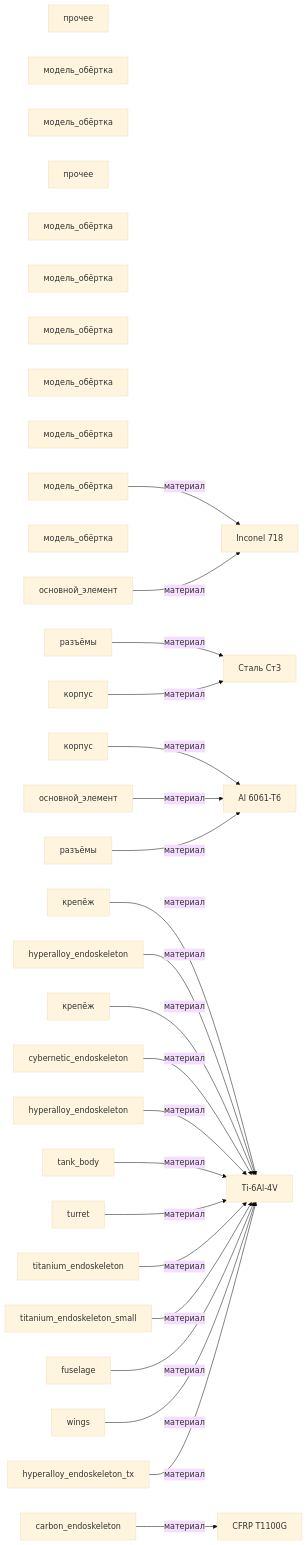
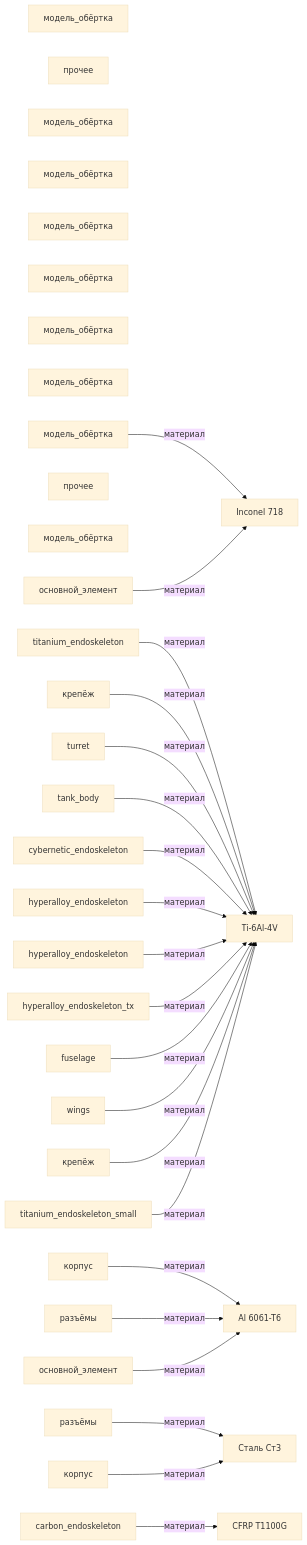
The diagram in graphs/mermaid/graph1_каркас.md (a-m-e-n-t-e-t/SkyNet), drawn with Mermaid (base theme) before and after one commit. The commit also changed other lines of this file and 79 other files, not shown here.

````diff
--- a/graphs/mermaid/graph1_каркас.md
+++ b/graphs/mermaid/graph1_каркас.md
@@ -3,58 +3,58 @@
 ```mermaid
 graph LR
+    izdelie_SkyNet_T600[модель_обёртка]
     izdelie_kompensatory[прочее]
+    izdelie_SkyNet_HKTank[модель_обёртка]
+    izdelie_SkyNet_MarcusWright[модель_обёртка]
     izdelie_SkyNet_T850[модель_обёртка]
+    izdelie_SkyNet_T800[модель_обёртка]
+    izdelie_SkyNet_TX[модель_обёртка]
     izdelie_SkyNet_Rev9[модель_обёртка]
+    izdelie_SkyNet_HKAerial[модель_обёртка]
     izdelie_reshetchatyi_karkas[прочее]
-    izdelie_SkyNet_MarcusWright[модель_обёртка]
-    izdelie_SkyNet_T800[модель_обёртка]
-    izdelie_SkyNet_HKTank[модель_обёртка]
-    izdelie_SkyNet_T600[модель_обёртка]
     izdelie_SkyNet_Cameron[модель_обёртка]
-    izdelie_SkyNet_HKAerial[модель_обёртка]
-    izdelie_SkyNet_TX[модель_обёртка]
+    часть_t600_эндоскелет[titanium_endoskeleton]
+    часть_kompensatory_housing[корпус]
+    часть_kompensatory_mounting[крепёж]
     часть_kompensatory_core[основной_элемент]
     часть_kompensatory_connectors[разъёмы]
-    часть_kompensatory_housing[корпус]
-    часть_kompensatory_mounting[крепёж]
+    часть_hk_tank_башня[turret]
+    часть_hk_tank_корпус[tank_body]
+    часть_marcus_эндоскелет[cybernetic_endoskeleton]
     часть_t850_эндоскелет[hyperalloy_endoskeleton]
+    часть_t800_эндоскелет_торс[hyperalloy_endoskeleton]
+    часть_t_x_эндоскелет[hyperalloy_endoskeleton_tx]
     часть_rev9_endoskeleton[carbon_endoskeleton]
+    часть_hk_aerial_фюзеляж[fuselage]
+    часть_hk_aerial_крылья[wings]
+    часть_reshetchatyi_karkas_connectors[разъёмы]
+    часть_reshetchatyi_karkas_core[основной_элемент]
     часть_reshetchatyi_karkas_mounting[крепёж]
     часть_reshetchatyi_karkas_housing[корпус]
-    часть_reshetchatyi_karkas_core[основной_элемент]
-    часть_reshetchatyi_karkas_connectors[разъёмы]
-    часть_marcus_эндоскелет[cybernetic_endoskeleton]
-    часть_t800_эндоскелет_торс[hyperalloy_endoskeleton]
-    часть_hk_tank_корпус[tank_body]
-    часть_hk_tank_башня[turret]
-    часть_t600_эндоскелет[titanium_endoskeleton]
     часть_cameron_эндоскелет[titanium_endoskeleton_small]
-    часть_hk_aerial_фюзеляж[fuselage]
-    часть_hk_aerial_крылья[wings]
-    часть_t_x_эндоскелет[hyperalloy_endoskeleton_tx]
     material_al_6061_t6[Al 6061-T6]
     material_cfrp_t1100g[CFRP T1100G]
     material_inconel_718[Inconel 718]
     material_stal_st3[Сталь Ст3]
     material_ti_6al_4v[Ti-6Al-4V]
     izdelie_SkyNet_HKAerial -->|материал| material_inconel_718
+    часть_t600_эндоскелет -->|материал| material_ti_6al_4v
+    часть_kompensatory_housing -->|материал| material_al_6061_t6
+    часть_kompensatory_mounting -->|материал| material_ti_6al_4v
     часть_kompensatory_core -->|материал| material_inconel_718
     часть_kompensatory_connectors -->|материал| material_stal_st3
-    часть_kompensatory_housing -->|материал| material_al_6061_t6
-    часть_kompensatory_mounting -->|материал| material_ti_6al_4v
+    часть_hk_tank_башня -->|материал| material_ti_6al_4v
+    часть_hk_tank_корпус -->|материал| material_ti_6al_4v
+    часть_marcus_эндоскелет -->|материал| material_ti_6al_4v
     часть_t850_эндоскелет -->|материал| material_ti_6al_4v
+    часть_t800_эндоскелет_торс -->|материал| material_ti_6al_4v
+    часть_t_x_эндоскелет -->|материал| material_ti_6al_4v
     часть_rev9_endoskeleton -->|материал| material_cfrp_t1100g
+    часть_hk_aerial_фюзеляж -->|материал| material_ti_6al_4v
+    часть_hk_aerial_крылья -->|материал| material_ti_6al_4v
+    часть_reshetchatyi_karkas_connectors -->|материал| material_al_6061_t6
+    часть_reshetchatyi_karkas_core -->|материал| material_al_6061_t6
     часть_reshetchatyi_karkas_mounting -->|материал| material_ti_6al_4v
     часть_reshetchatyi_karkas_housing -->|материал| material_stal_st3
-    часть_reshetchatyi_karkas_core -->|материал| material_al_6061_t6
-    часть_reshetchatyi_karkas_connectors -->|материал| material_al_6061_t6
-    часть_marcus_эндоскелет -->|материал| material_ti_6al_4v
-    часть_t800_эндоскелет_торс -->|материал| material_ti_6al_4v
-    часть_hk_tank_корпус -->|материал| material_ti_6al_4v
-    часть_hk_tank_башня -->|материал| material_ti_6al_4v
-    часть_t600_эндоскелет -->|материал| material_ti_6al_4v
     часть_cameron_эндоскелет -->|материал| material_ti_6al_4v
-    часть_hk_aerial_фюзеляж -->|материал| material_ti_6al_4v
-    часть_hk_aerial_крылья -->|материал| material_ti_6al_4v
-    часть_t_x_эндоскелет -->|материал| material_ti_6al_4v
 ```
````
